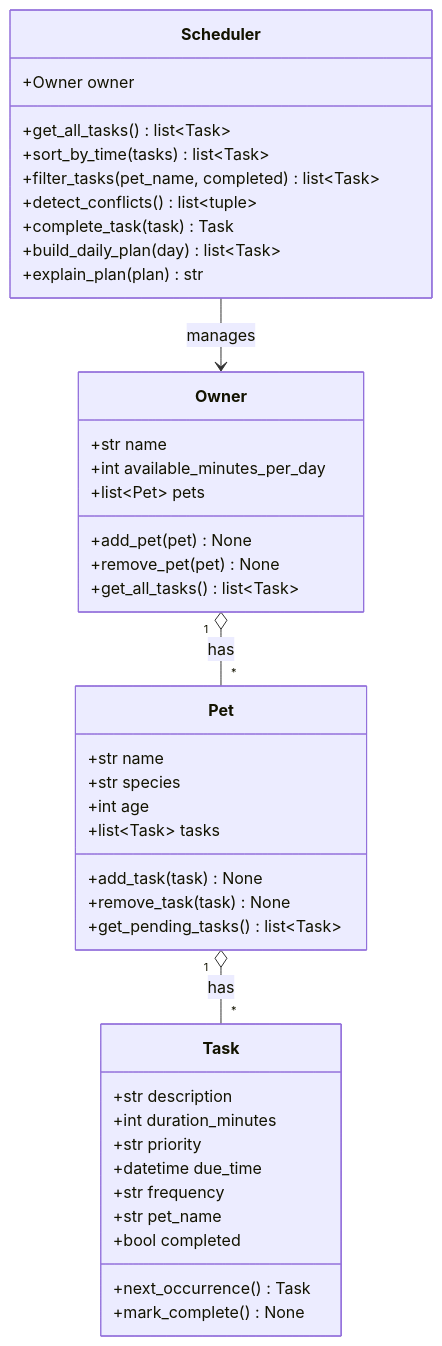
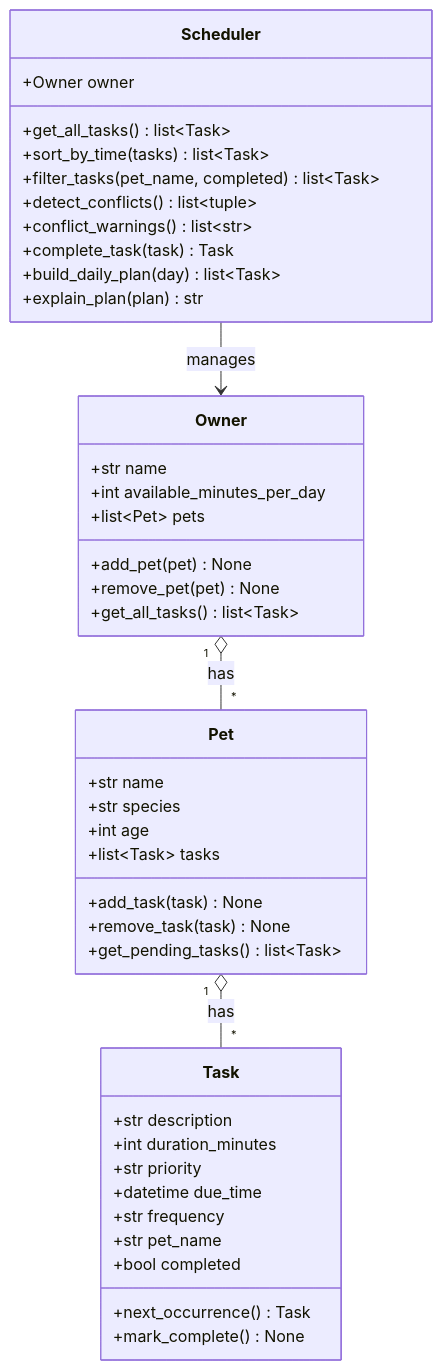
One commit to Bhagyashree-Vaidya/ai110-module2show-pawpal-starter changed the diagram in diagrams/uml.mmd. Above: the diagram before and after it, drawn with Mermaid. The commit also changed 7 other files, not shown here.

Commit message:
feat: wire Streamlit UI, add conflict warnings, edge-case tests, final UML and docs

```diff
--- a/diagrams/uml.mmd
+++ b/diagrams/uml.mmd
@@ -1,46 +1,47 @@
 classDiagram
     class Owner {
         +str name
         +int available_minutes_per_day
         +list~Pet~ pets
         +add_pet(pet) None
         +remove_pet(pet) None
         +get_all_tasks() list~Task~
     }
 
     class Pet {
         +str name
         +str species
         +int age
         +list~Task~ tasks
         +add_task(task) None
         +remove_task(task) None
         +get_pending_tasks() list~Task~
     }
 
     class Task {
         +str description
         +int duration_minutes
         +str priority
         +datetime due_time
         +str frequency
         +str pet_name
         +next_occurrence() Task
         +bool completed
         +mark_complete() None
     }
 
     class Scheduler {
         +Owner owner
         +get_all_tasks() list~Task~
         +sort_by_time(tasks) list~Task~
         +filter_tasks(pet_name, completed) list~Task~
         +detect_conflicts() list~tuple~
+        +conflict_warnings() list~str~
         +complete_task(task) Task
         +build_daily_plan(day) list~Task~
         +explain_plan(plan) str
     }
 
     Owner "1" o-- "*" Pet : has
     Pet "1" o-- "*" Task : has
     Scheduler --> Owner : manages
```
